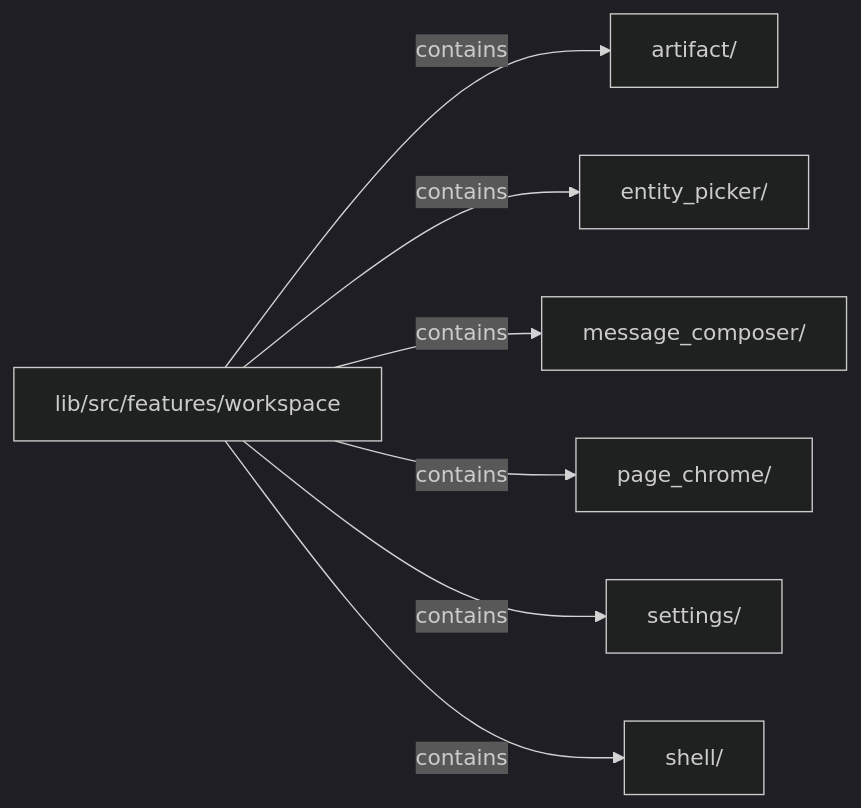
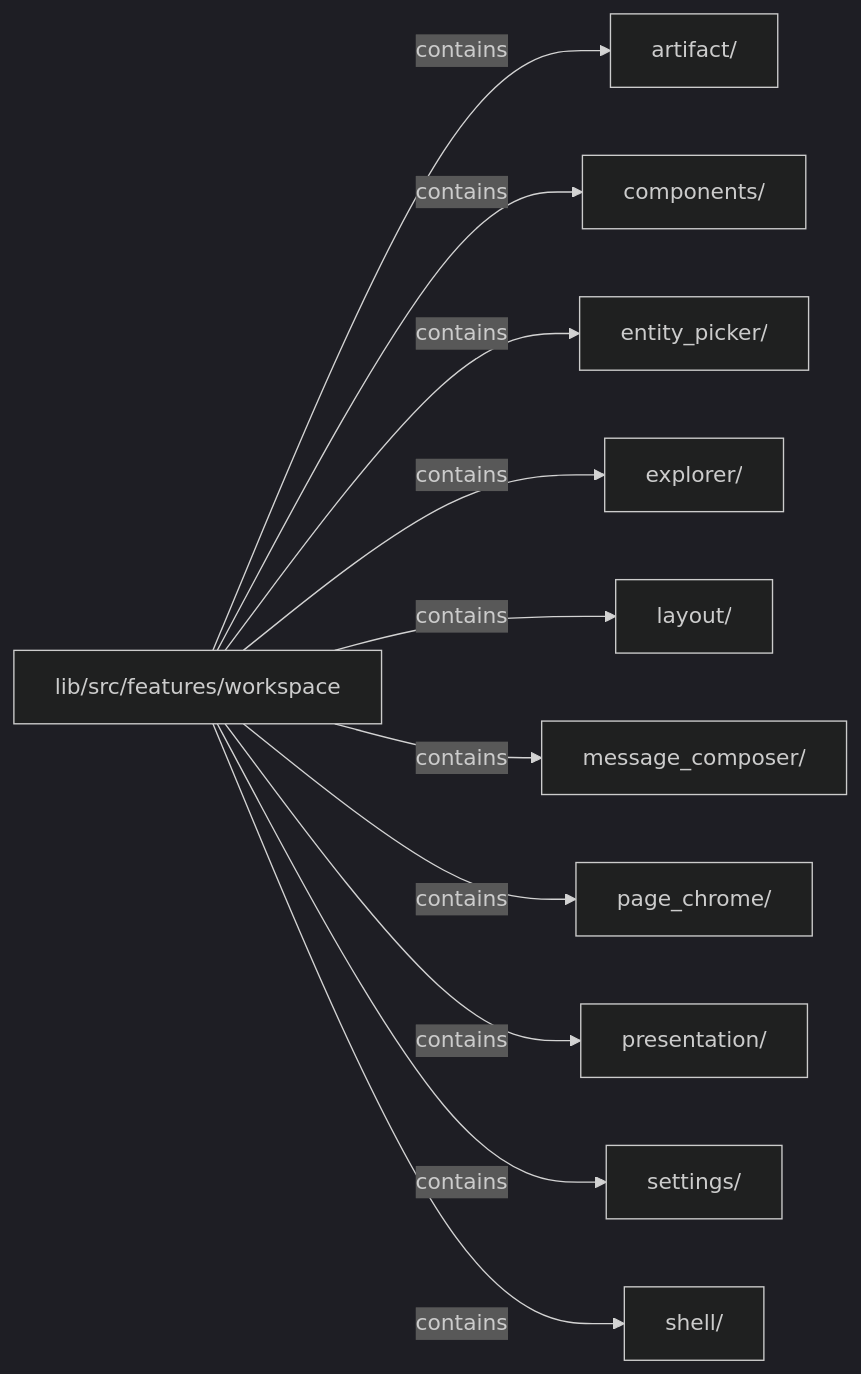
Before and after one commit to MiuDog/Kallopis: the diagram in docs/architecture/src/features/workspace/README.md, drawn with Mermaid (dark theme). The commit also changed other lines of this file and 2796 other files, not shown here.

````diff
--- a/docs/architecture/src/features/workspace/README.md
+++ b/docs/architecture/src/features/workspace/README.md
@@ -21,16 +21,24 @@
 ```mermaid
 flowchart LR
 	n0["lib/src/features/workspace"]
 	n1["artifact/"]
-	n2["entity_picker/"]
-	n3["message_composer/"]
-	n4["page_chrome/"]
-	n5["settings/"]
-	n6["shell/"]
+	n2["components/"]
+	n3["entity_picker/"]
+	n4["explorer/"]
+	n5["layout/"]
+	n6["message_composer/"]
+	n7["page_chrome/"]
+	n8["presentation/"]
+	n9["settings/"]
+	n10["shell/"]
 	n0 -->|"contains"| n1
 	n0 -->|"contains"| n2
 	n0 -->|"contains"| n3
 	n0 -->|"contains"| n4
 	n0 -->|"contains"| n5
 	n0 -->|"contains"| n6
+	n0 -->|"contains"| n7
+	n0 -->|"contains"| n8
+	n0 -->|"contains"| n9
+	n0 -->|"contains"| n10
 ```
````
